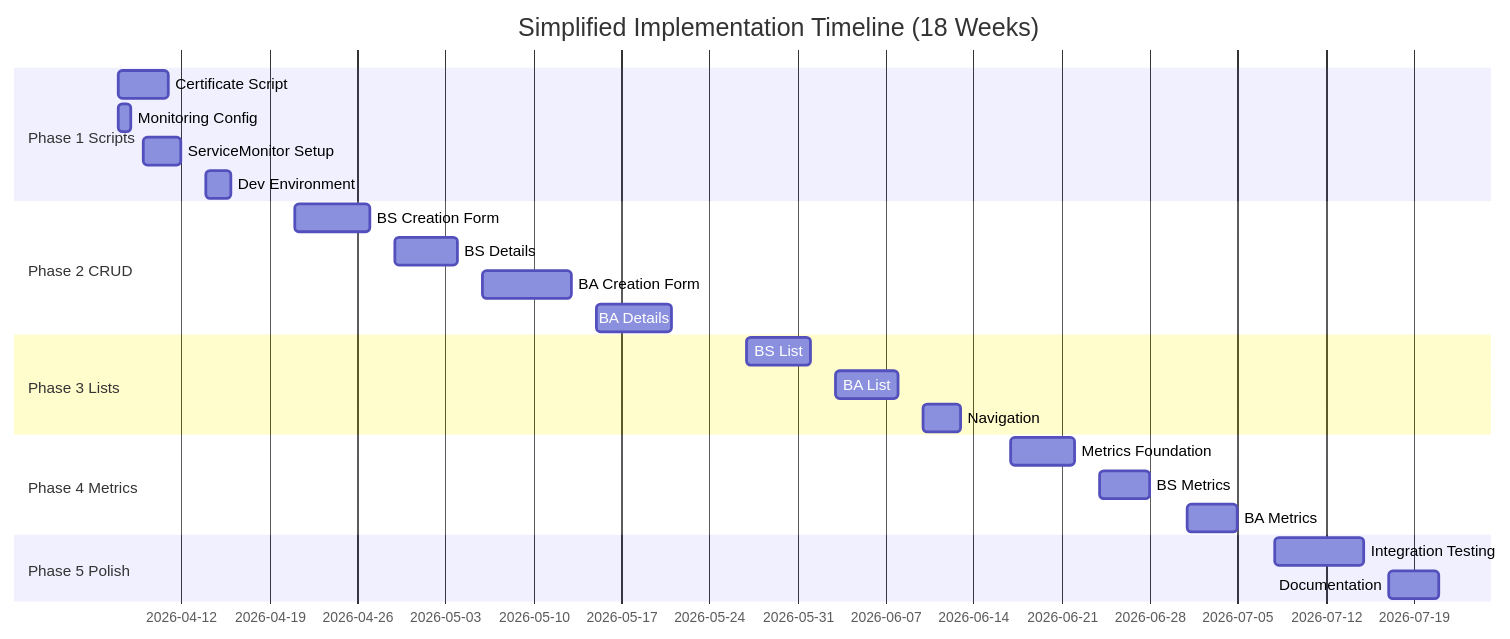
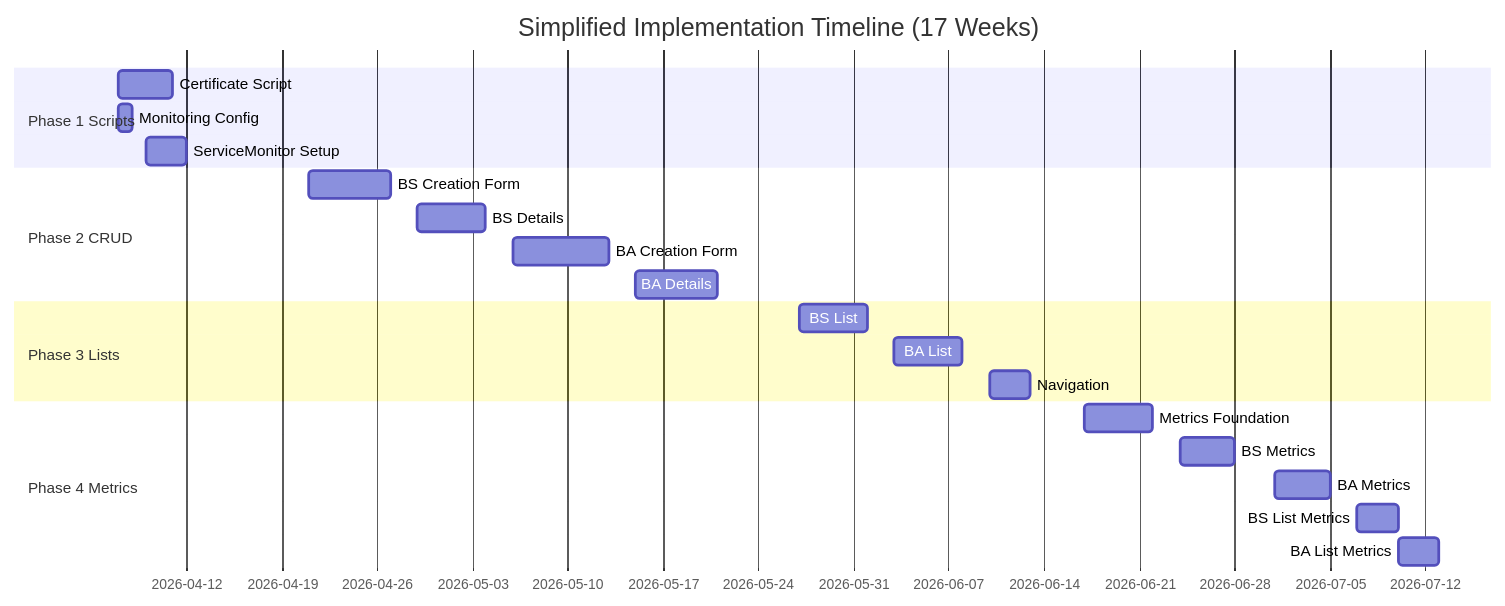
Before and after one commit to lavocatt/wireframe: the diagram in openshift-ui/ROADMAP.md, drawn with Mermaid. The commit also changed other lines of this file and 5 other files, not shown here.

````diff
--- a/openshift-ui/ROADMAP.md
+++ b/openshift-ui/ROADMAP.md
@@ -598,31 +526,28 @@
 ```mermaid
 gantt
-    title Simplified Implementation Timeline (18 Weeks)
+    title Simplified Implementation Timeline (17 Weeks)
     dateFormat YYYY-MM-DD
 
     section Phase 1 Scripts
     Certificate Script       :p1_1, 2026-04-07, 4d
     Monitoring Config        :p1_2, 2026-04-07, 1d
     ServiceMonitor Setup     :p1_3, 2026-04-09, 3d
-    Dev Environment          :p1_4, 2026-04-14, 2d
 
     section Phase 2 CRUD
     BS Creation Form         :p2_1, 2026-04-21, 6d
     BS Details               :p2_2, 2026-04-29, 5d
     BA Creation Form         :p2_3, 2026-05-06, 7d
     BA Details               :p2_4, 2026-05-15, 6d
 
     section Phase 3 Lists
     BS List                  :p3_1, 2026-05-27, 5d
     BA List                  :p3_2, 2026-06-03, 5d
     Navigation               :p3_3, 2026-06-10, 3d
 
     section Phase 4 Metrics
     Metrics Foundation       :p4_1, 2026-06-17, 5d
     BS Metrics               :p4_2, 2026-06-24, 4d
     BA Metrics               :p4_3, 2026-07-01, 4d
-
-    section Phase 5 Polish
-    Integration Testing      :p5_1, 2026-07-08, 7d
-    Documentation            :p5_2, 2026-07-17, 4d
+    BS List Metrics          :p4_4, 2026-07-07, 3d
+    BA List Metrics          :p4_5, 2026-07-10, 3d
 ```
````
